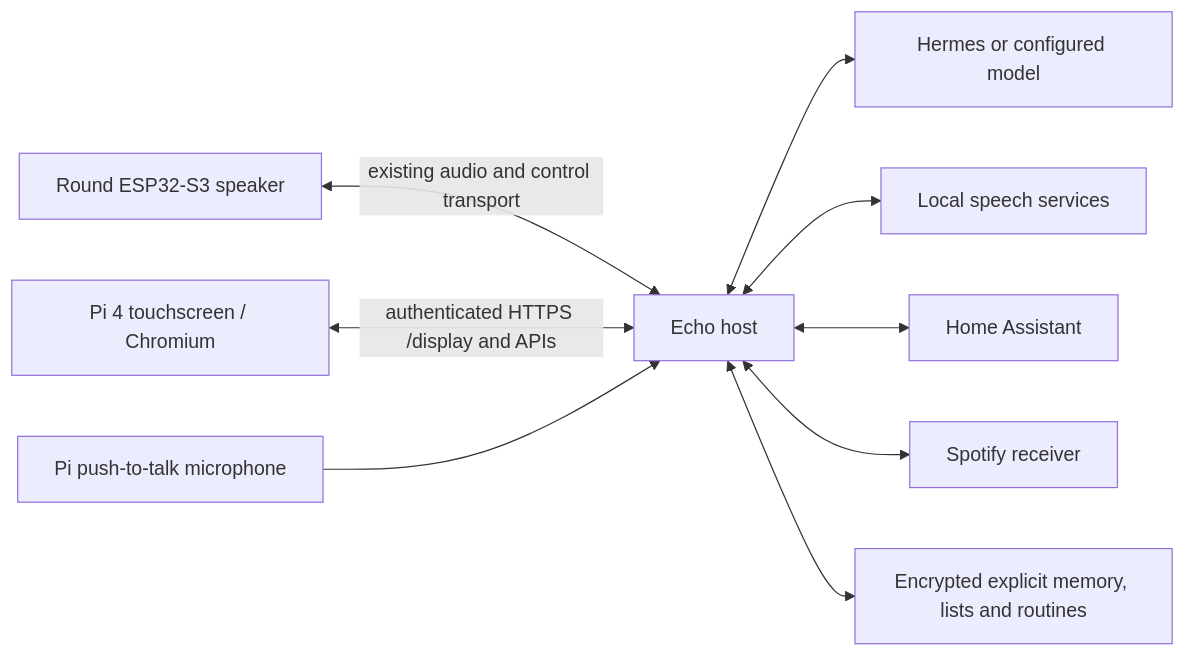
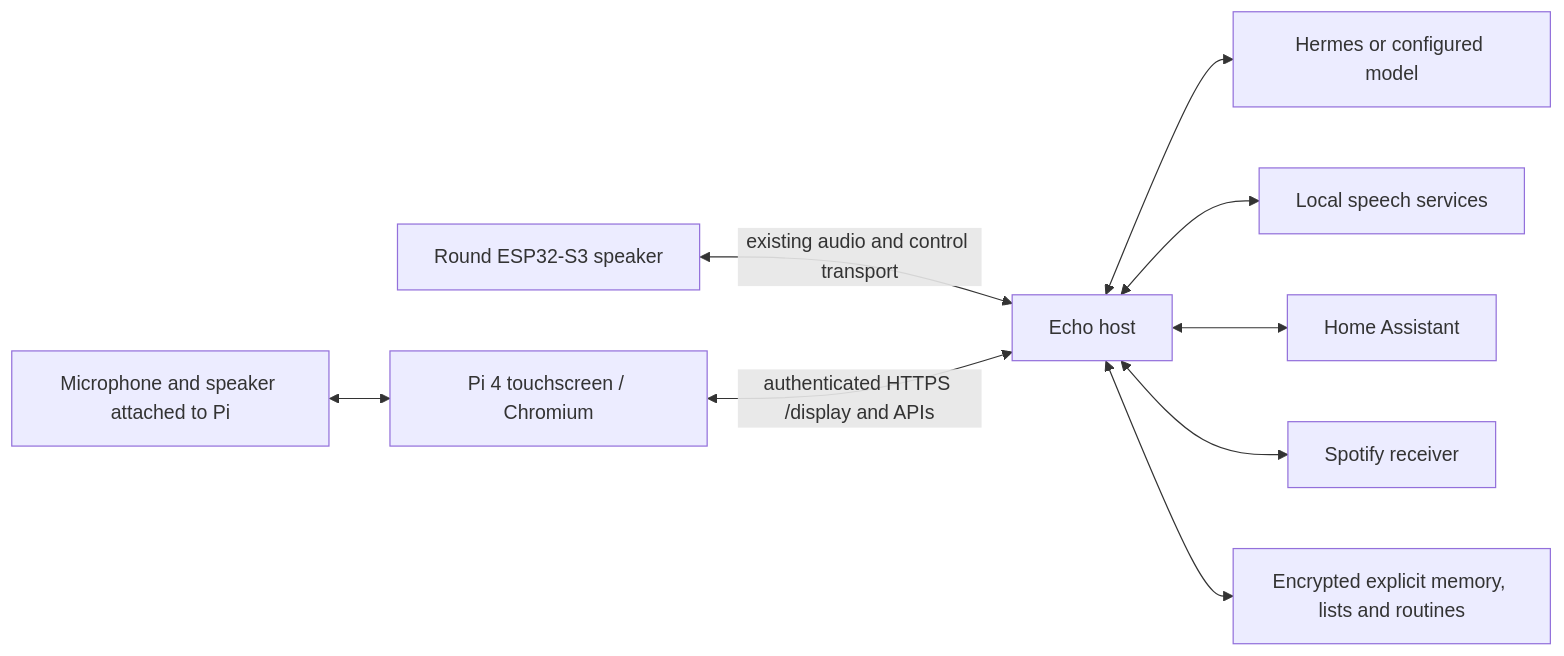
The diagram in docs/SMART_DISPLAY.md (NotADevIAmaMeatPopsicle/Echo-Assistant), drawn with Mermaid before and after one commit. The commit also changed other lines of this file and 9 other files, not shown here.

````diff
--- a/docs/SMART_DISPLAY.md
+++ b/docs/SMART_DISPLAY.md
@@ -56,11 +56,11 @@
 ```mermaid
 flowchart LR
   R[Round ESP32-S3 speaker] <-->|existing audio and control transport| H[Echo host]
   P[Pi 4 touchscreen / Chromium] <-->|authenticated HTTPS /display and APIs| H
-  A[Pi push-to-talk microphone] --> H
+  A[Microphone and speaker attached to Pi] <--> P
   H <--> E[Hermes or configured model]
   H <--> S[Local speech services]
   H <--> HA[Home Assistant]
   H <--> M[Spotify receiver]
   H <--> D[Encrypted explicit memory, lists and routines]
 ```
````
